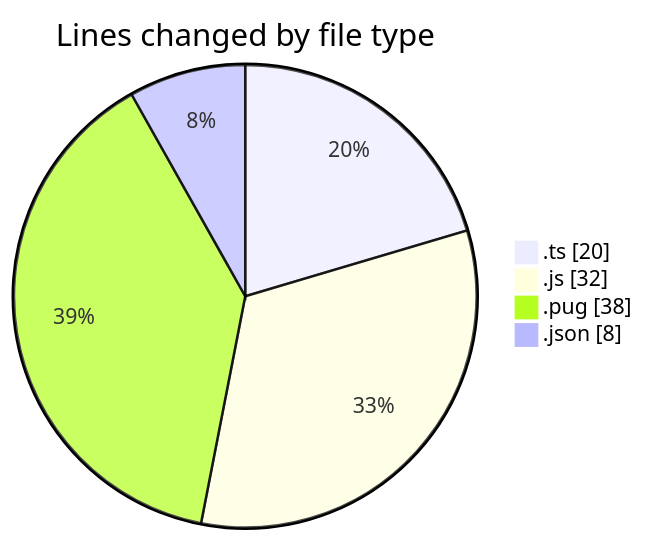
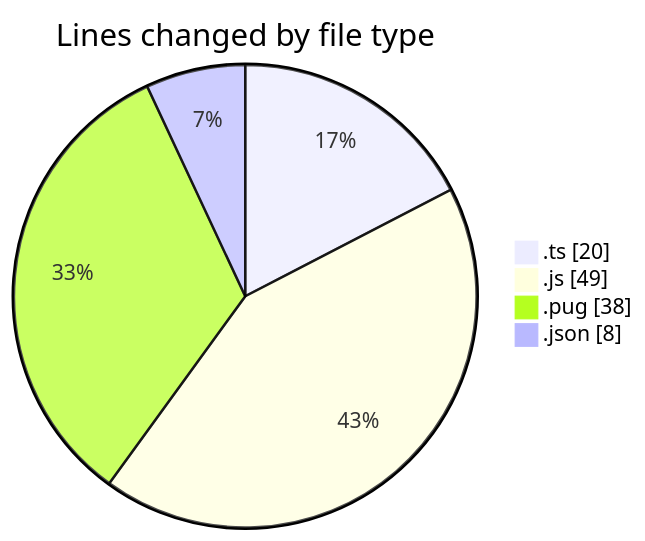
The first of 2 diagrams in 2025-02-25/cda/README.md (momahboobian/code-tracking), drawn with Mermaid before and after one commit. The commit also changed other lines of this file and 1 other file, not shown here.

````diff
--- a/2025-02-25/cda/README.md
+++ b/2025-02-25/cda/README.md
@@ -24,8 +25,8 @@
 ```mermaid
 pie showData
 title Lines changed by file type
 ".ts" : 20
-".js" : 32
+".js" : 49
 ".pug" : 38
 ".json" : 8
 ```
````
